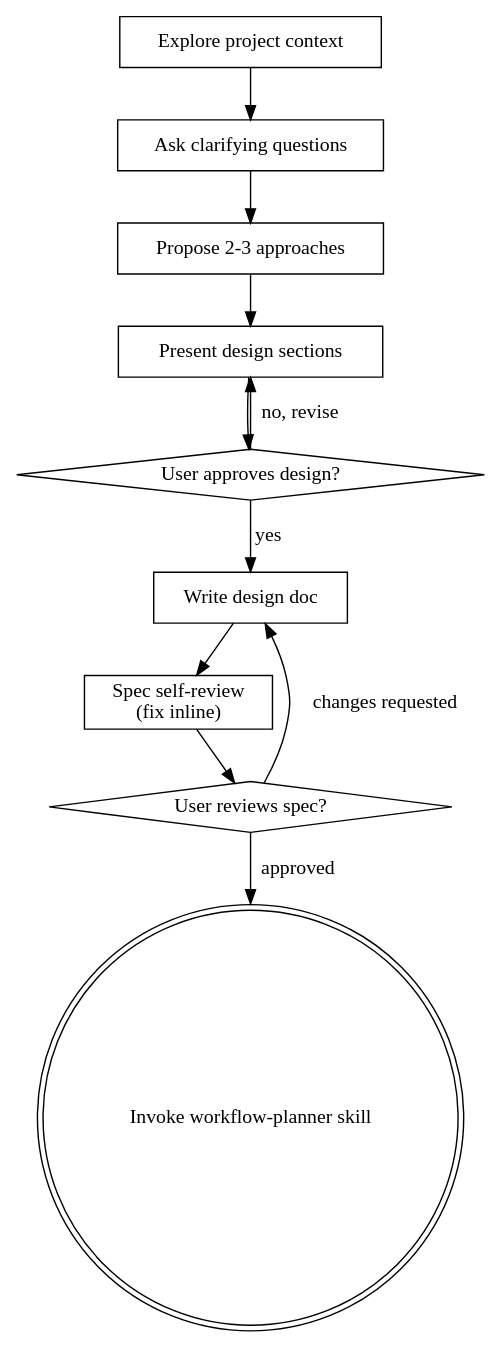
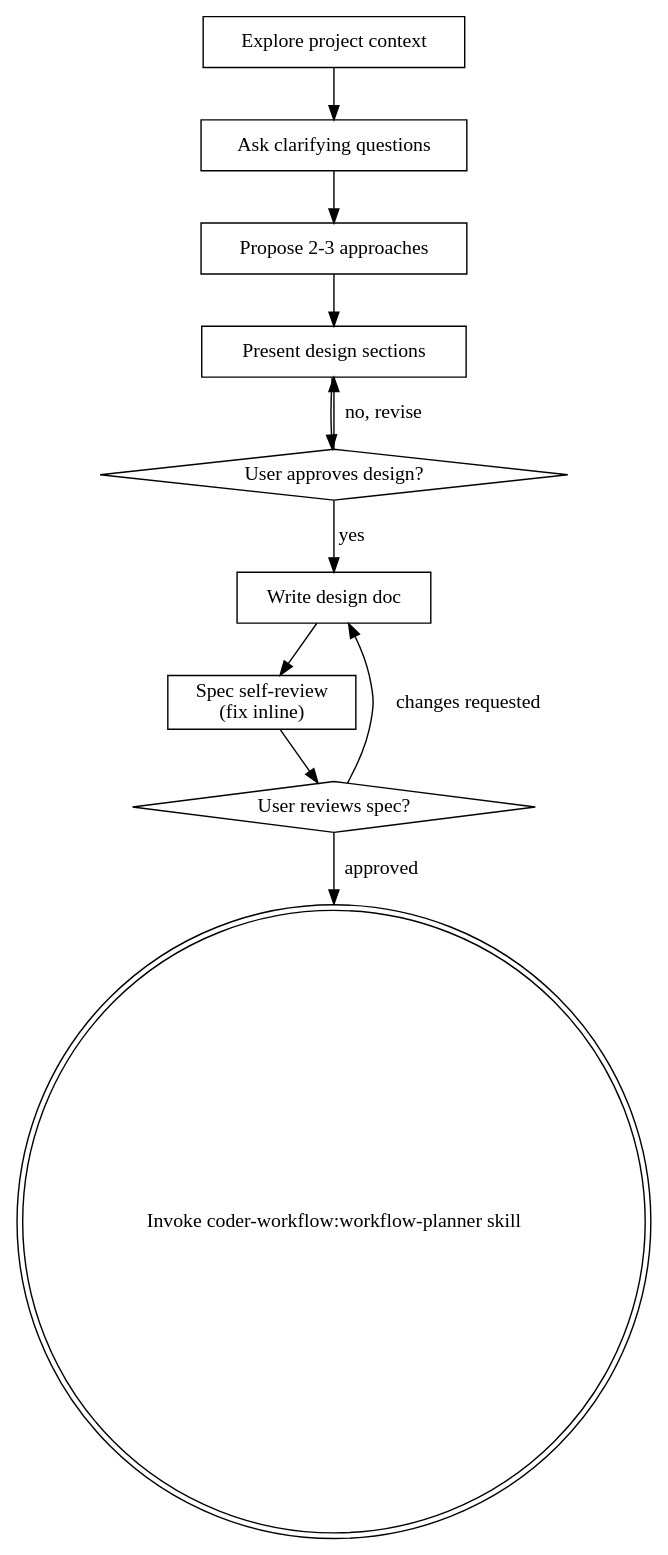
One commit to MythEclipse/coder-workflow changed the diagram in skills/brainstorming/SKILL.md. Above: the diagram before and after it, drawn with Graphviz. The commit also changed other lines of this file and 8 other files, not shown here.

Commit message:
refactor(agents): standardize agent references with coder-workflow namespace prefix

````diff
--- a/skills/brainstorming/SKILL.md
+++ b/skills/brainstorming/SKILL.md
@@ -35,24 +35,24 @@
 ```dot
 digraph brainstorming {
     "Explore project context" [shape=box];
     "Ask clarifying questions" [shape=box];
     "Propose 2-3 approaches" [shape=box];
     "Present design sections" [shape=box];
     "User approves design?" [shape=diamond];
     "Write design doc" [shape=box];
     "Spec self-review\n(fix inline)" [shape=box];
     "User reviews spec?" [shape=diamond];
-    "Invoke workflow-planner skill" [shape=doublecircle];
+    "Invoke coder-workflow:workflow-planner skill" [shape=doublecircle];
 
     "Explore project context" -> "Ask clarifying questions";
     "Ask clarifying questions" -> "Propose 2-3 approaches";
     "Propose 2-3 approaches" -> "Present design sections";
     "Present design sections" -> "User approves design?";
     "User approves design?" -> "Present design sections" [label="no, revise"];
     "User approves design?" -> "Write design doc" [label="yes"];
     "Write design doc" -> "Spec self-review\n(fix inline)";
     "Spec self-review\n(fix inline)" -> "User reviews spec?";
     "User reviews spec?" -> "Write design doc" [label="changes requested"];
-    "User reviews spec?" -> "Invoke workflow-planner skill" [label="approved"];
+    "User reviews spec?" -> "Invoke coder-workflow:workflow-planner skill" [label="approved"];
 }
 ```
````
